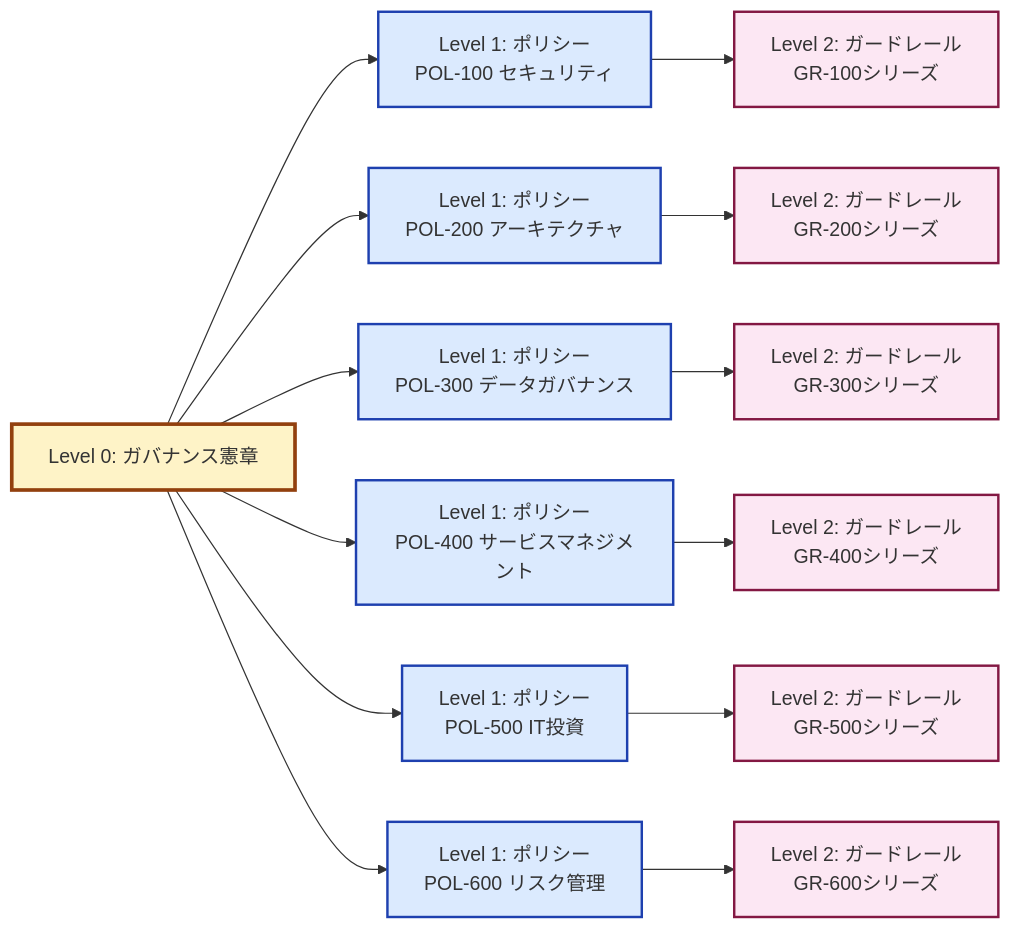
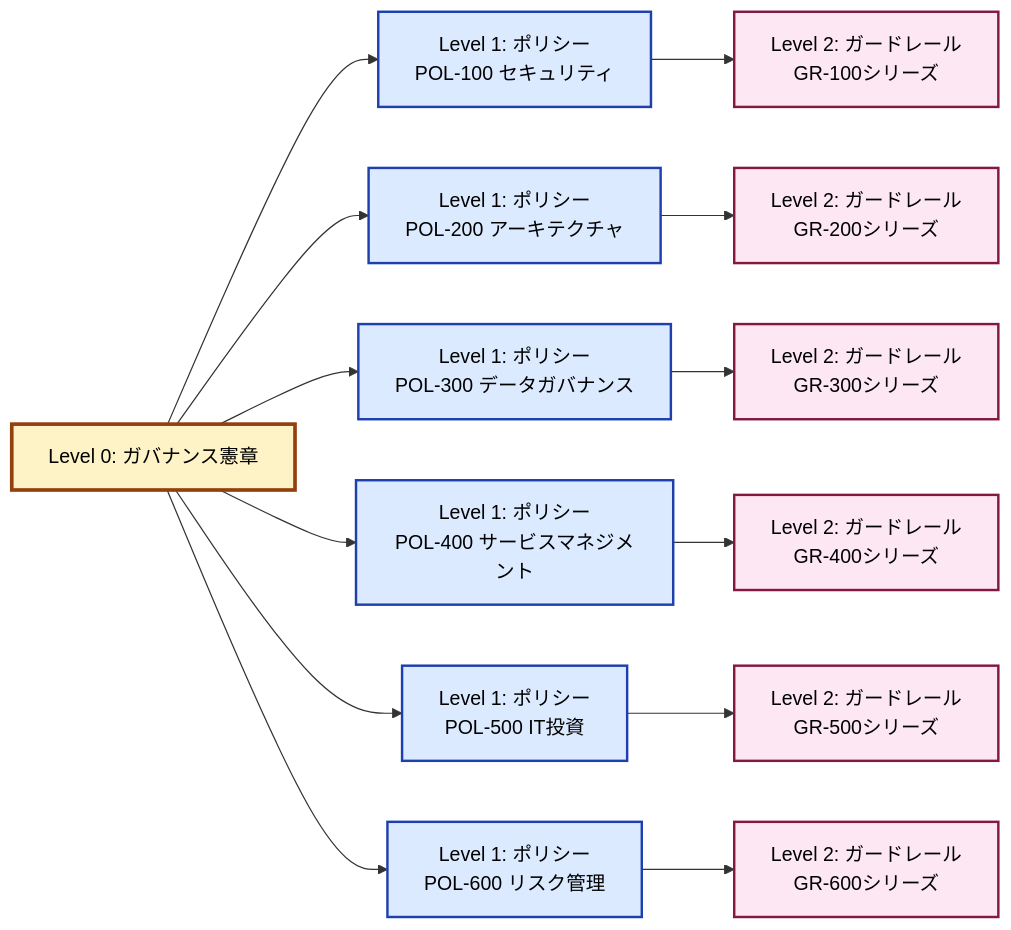
The diagram in guardrails/03_guardrail-outline.md (hiroyasu-komaki/mydocs), drawn with Mermaid before and after one commit. The commit also changed 6 other files, not shown here.

````diff
--- a/guardrails/03_guardrail-outline.md
+++ b/guardrails/03_guardrail-outline.md
@@ -3,46 +3,46 @@
 ```mermaid
 graph LR
     A[Level 0: ガバナンス憲章]
     
     B1[Level 1: ポリシー<br/>POL-100 セキュリティ]
     B2[Level 1: ポリシー<br/>POL-200 アーキテクチャ]
     B3[Level 1: ポリシー<br/>POL-300 データガバナンス]
     B4[Level 1: ポリシー<br/>POL-400 サービスマネジメント]
     B5[Level 1: ポリシー<br/>POL-500 IT投資]
     B6[Level 1: ポリシー<br/>POL-600 リスク管理]
     
     C1[Level 2: ガードレール<br/>GR-100シリーズ]
     C2[Level 2: ガードレール<br/>GR-200シリーズ]
     C3[Level 2: ガードレール<br/>GR-300シリーズ]
     C4[Level 2: ガードレール<br/>GR-400シリーズ]
     C5[Level 2: ガードレール<br/>GR-500シリーズ]
     C6[Level 2: ガードレール<br/>GR-600シリーズ]
     
     A --> B1
     A --> B2
     A --> B3
     A --> B4
     A --> B5
     A --> B6
     
     B1 --> C1
     B2 --> C2
     B3 --> C3
     B4 --> C4
     B5 --> C5
     B6 --> C6
     
-    style A fill:#fef3c7,stroke:#92400e,stroke-width:3px
-    style B1 fill:#dbeafe,stroke:#1e40af,stroke-width:2px
-    style B2 fill:#dbeafe,stroke:#1e40af,stroke-width:2px
-    style B3 fill:#dbeafe,stroke:#1e40af,stroke-width:2px
-    style B4 fill:#dbeafe,stroke:#1e40af,stroke-width:2px
-    style B5 fill:#dbeafe,stroke:#1e40af,stroke-width:2px
-    style B6 fill:#dbeafe,stroke:#1e40af,stroke-width:2px
-    style C1 fill:#fce7f3,stroke:#831843,stroke-width:2px
-    style C2 fill:#fce7f3,stroke:#831843,stroke-width:2px
-    style C3 fill:#fce7f3,stroke:#831843,stroke-width:2px
-    style C4 fill:#fce7f3,stroke:#831843,stroke-width:2px
-    style C5 fill:#fce7f3,stroke:#831843,stroke-width:2px
-    style C6 fill:#fce7f3,stroke:#831843,stroke-width:2px
+    style A fill:#fef3c7,stroke:#92400e,stroke-width:3px,color:#000
+    style B1 fill:#dbeafe,stroke:#1e40af,stroke-width:2px,color:#000
+    style B2 fill:#dbeafe,stroke:#1e40af,stroke-width:2px,color:#000
+    style B3 fill:#dbeafe,stroke:#1e40af,stroke-width:2px,color:#000
+    style B4 fill:#dbeafe,stroke:#1e40af,stroke-width:2px,color:#000
+    style B5 fill:#dbeafe,stroke:#1e40af,stroke-width:2px,color:#000
+    style B6 fill:#dbeafe,stroke:#1e40af,stroke-width:2px,color:#000
+    style C1 fill:#fce7f3,stroke:#831843,stroke-width:2px,color:#000
+    style C2 fill:#fce7f3,stroke:#831843,stroke-width:2px,color:#000
+    style C3 fill:#fce7f3,stroke:#831843,stroke-width:2px,color:#000
+    style C4 fill:#fce7f3,stroke:#831843,stroke-width:2px,color:#000
+    style C5 fill:#fce7f3,stroke:#831843,stroke-width:2px,color:#000
+    style C6 fill:#fce7f3,stroke:#831843,stroke-width:2px,color:#000
 ```
````
